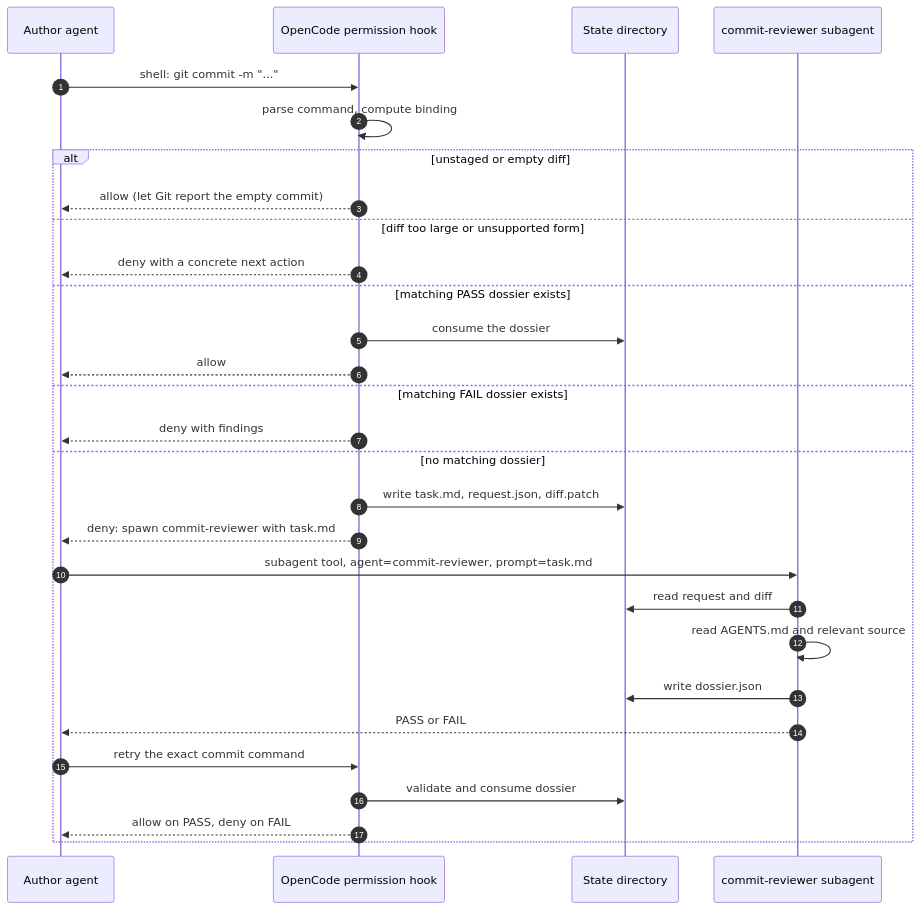
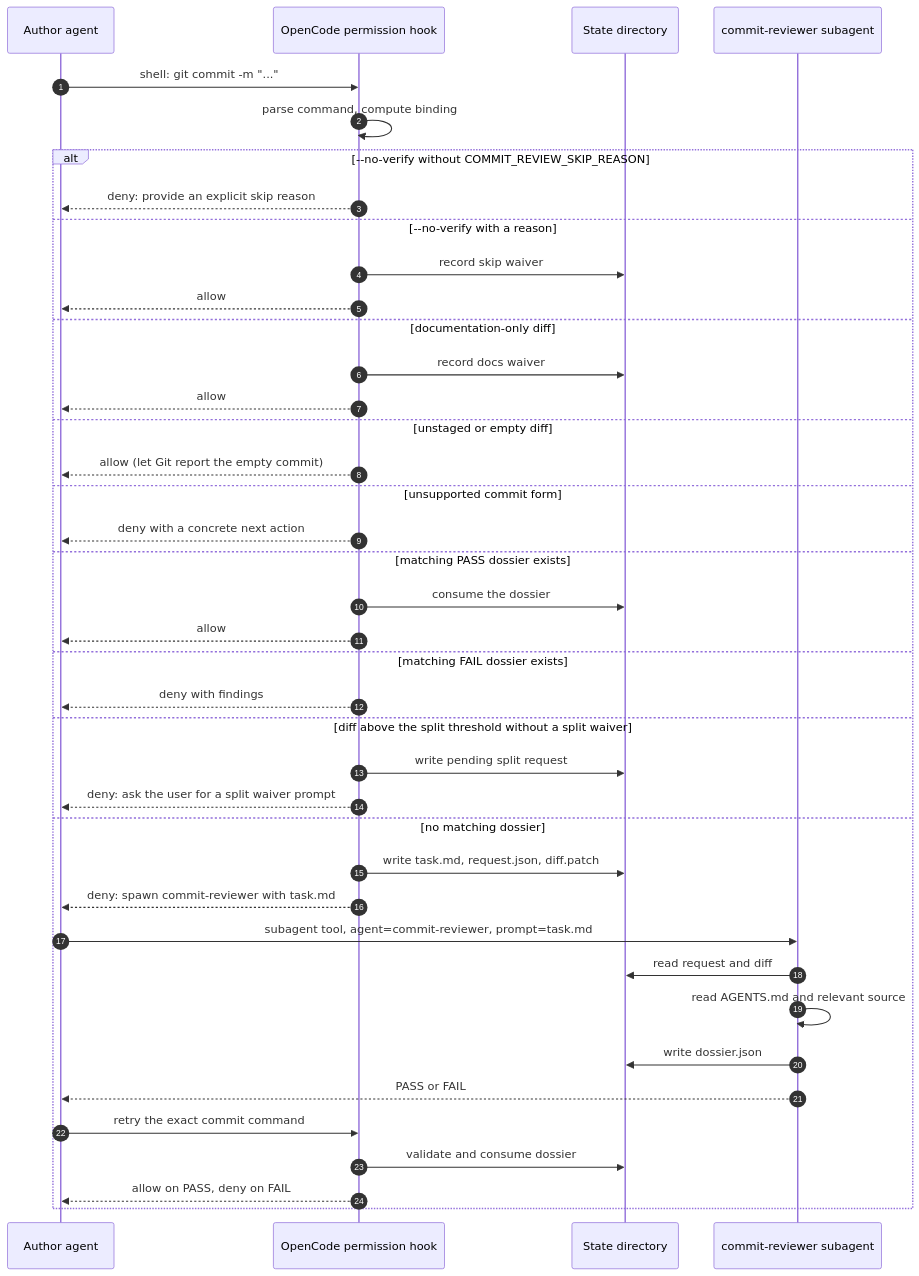
One commit to Monsteer714/hookrelay changed the first of 2 diagrams in docs/architecture/commit-review.md. Above: the diagram before and after it, drawn with Mermaid. The commit also changed other lines of this file and 6 other files, not shown here.

First line of the commit message:
feat: add commit review skip and exemption paths

````diff
--- a/docs/architecture/commit-review.md
+++ b/docs/architecture/commit-review.md
@@ -42,32 +45,43 @@
 ```mermaid
 sequenceDiagram
     autonumber
     participant A as Author agent
     participant P as OpenCode permission hook
     participant S as State directory
     participant R as commit-reviewer subagent
 
     A->>P: shell: git commit -m "..."
     P->>P: parse command, compute binding
-    alt unstaged or empty diff
+    alt --no-verify without COMMIT_REVIEW_SKIP_REASON
+        P-->>A: deny: provide an explicit skip reason
+    else --no-verify with a reason
+        P->>S: record skip waiver
+        P-->>A: allow
+    else documentation-only diff
+        P->>S: record docs waiver
+        P-->>A: allow
+    else unstaged or empty diff
         P-->>A: allow (let Git report the empty commit)
-    else diff too large or unsupported form
+    else unsupported commit form
         P-->>A: deny with a concrete next action
     else matching PASS dossier exists
         P->>S: consume the dossier
         P-->>A: allow
     else matching FAIL dossier exists
         P-->>A: deny with findings
+    else diff above the split threshold without a split waiver
+        P->>S: write pending split request
+        P-->>A: deny: ask the user for a split waiver prompt
     else no matching dossier
         P->>S: write task.md, request.json, diff.patch
         P-->>A: deny: spawn commit-reviewer with task.md
         A->>R: subagent tool, agent=commit-reviewer, prompt=task.md
         R->>S: read request and diff
         R->>R: read AGENTS.md and relevant source
         R->>S: write dossier.json
         R-->>A: PASS or FAIL
         A->>P: retry the exact commit command
         P->>S: validate and consume dossier
         P-->>A: allow on PASS, deny on FAIL
     end
 ```
````
